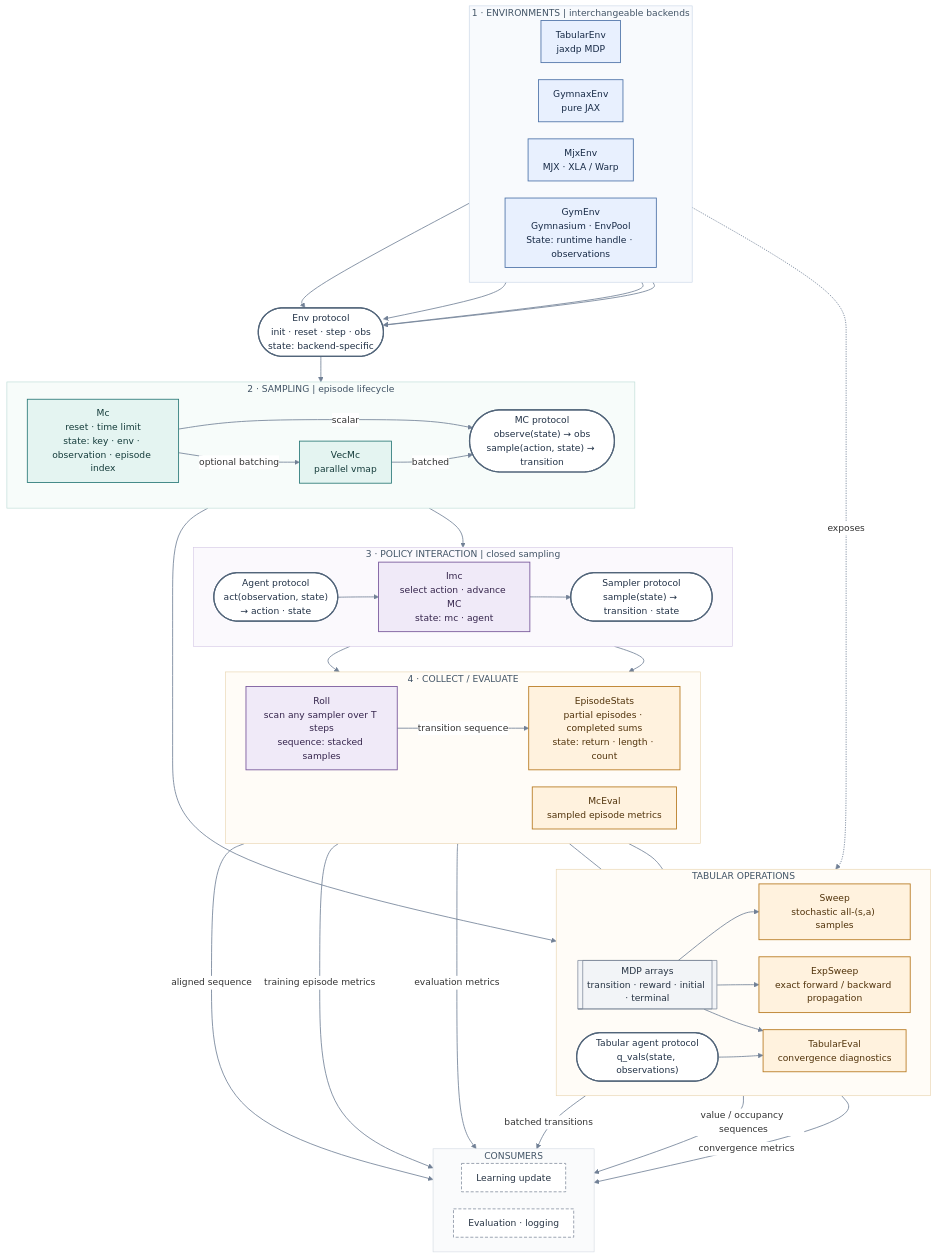
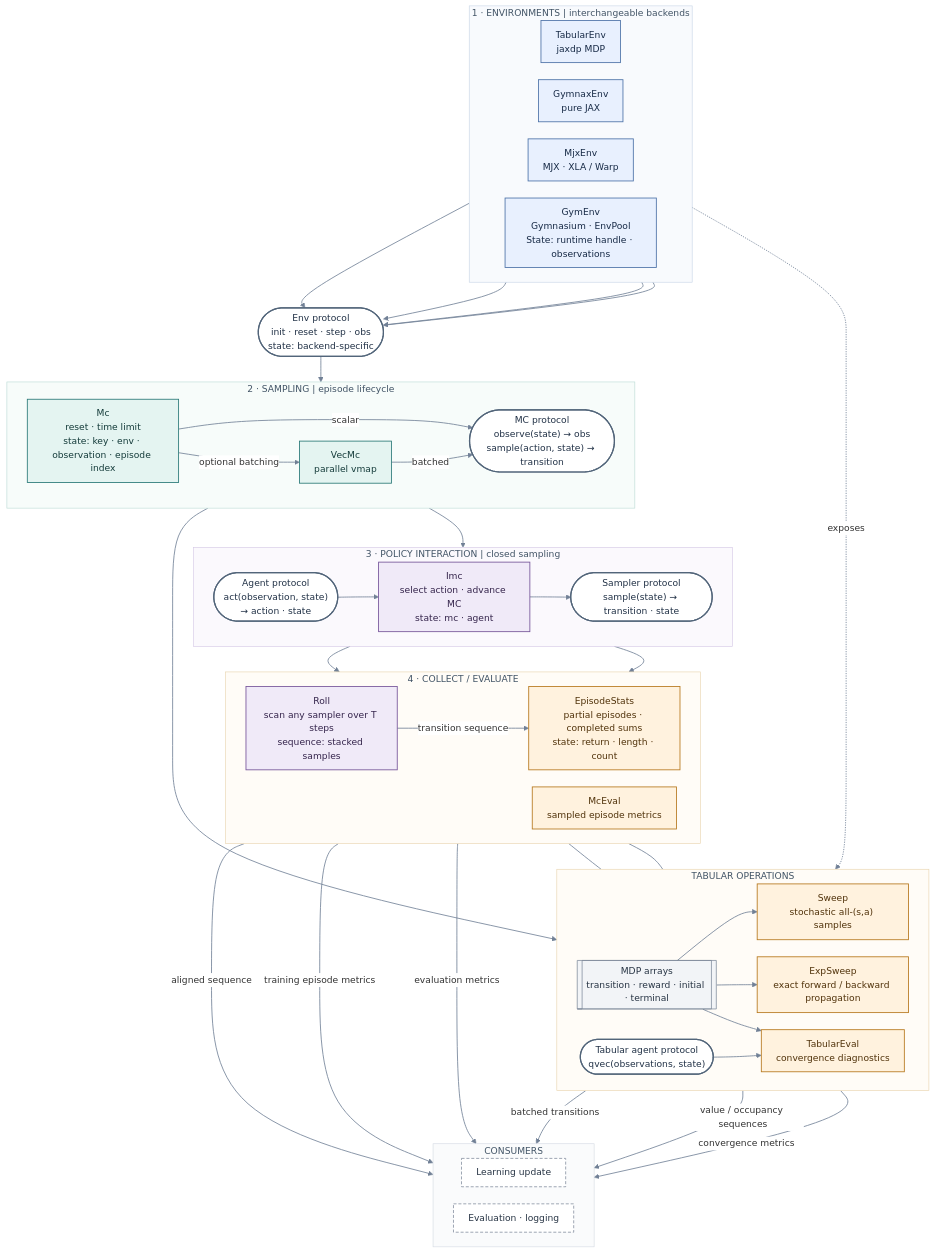
The first of 3 diagrams in doc/components.md (TolgaOk/jaxtor), drawn with Mermaid before and after one commit. The commit also changed 9 other files, not shown here.

```diff
--- a/doc/components.md
+++ b/doc/components.md
@@ -60,7 +60,7 @@
         sweep["Sweep<br/>stochastic all-(s,a) samples"]
         exp_sweep["ExpSweep<br/>exact forward / backward propagation"]
         tabular_eval["TabularEval<br/>convergence diagnostics"]
-        value_api(["Tabular agent protocol<br/>q_vals(state, observations)"])
+        value_api(["Tabular agent protocol<br/>qvec(observations, state)"])
         mdp --> sweep
         mdp --> exp_sweep
         mdp --> tabular_eval
```
